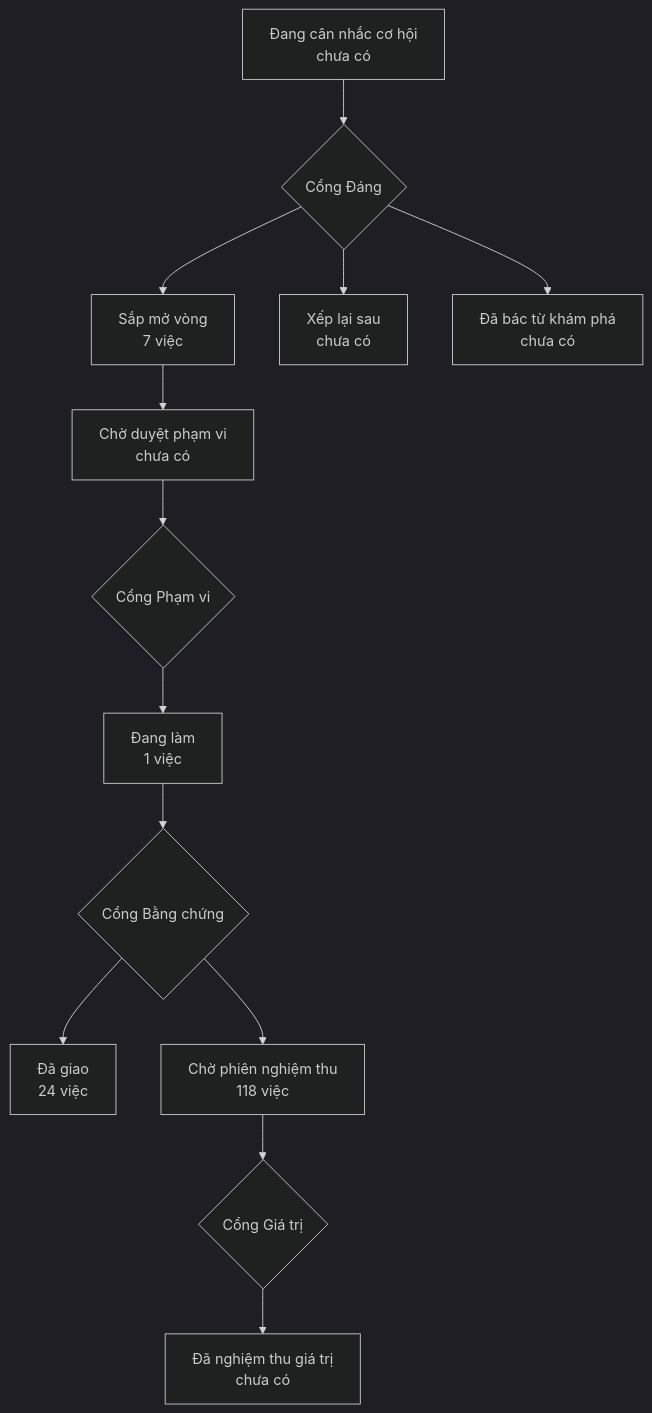
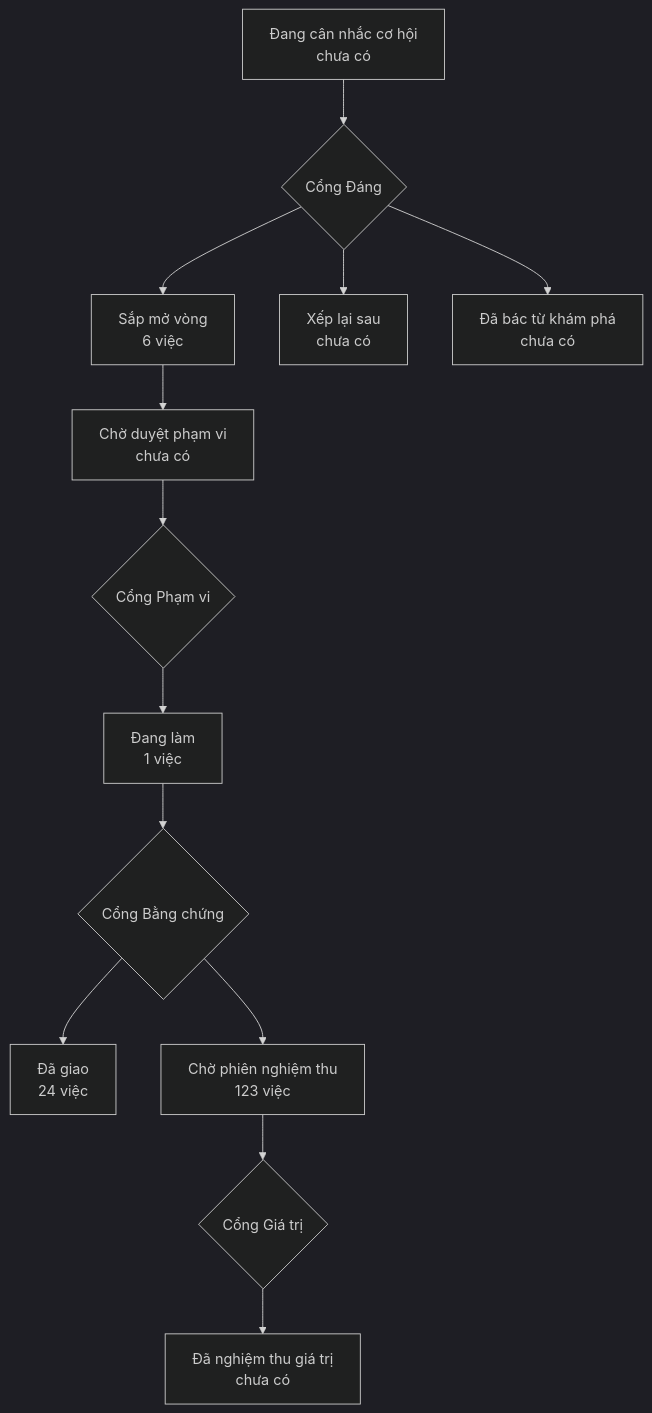
Before and after one commit to phanlemanh/onehub-quy-hang: the diagram in PRODUCT-MAP.md, drawn with Mermaid (dark theme). The commit also changed other lines of this file and 1 other file, not shown here.

Commit message:
chore: vẽ lại bản đồ sau khi gộp nhánh chính

````diff
--- a/PRODUCT-MAP.md
+++ b/PRODUCT-MAP.md
@@ -7,12 +7,12 @@
 ```mermaid
 flowchart TD
   A["Đang cân nhắc cơ hội<br/>chưa có"] --> GD{"Cổng Đáng"}
-  GD --> B["Sắp mở vòng<br/>7 việc"]
+  GD --> B["Sắp mở vòng<br/>6 việc"]
   GD --> XL["Xếp lại sau<br/>chưa có"]
   GD --> DB["Đã bác từ khám phá<br/>chưa có"]
   B --> CD["Chờ duyệt phạm vi<br/>chưa có"] --> GP{"Cổng Phạm vi"}
   GP --> DL["Đang làm<br/>1 việc"] --> GB{"Cổng Bằng chứng"}
   GB --> DG["Đã giao<br/>24 việc"]
-  GB --> CN["Chờ phiên nghiệm thu<br/>118 việc"] --> GG{"Cổng Giá trị"}
+  GB --> CN["Chờ phiên nghiệm thu<br/>123 việc"] --> GG{"Cổng Giá trị"}
   GG --> NT["Đã nghiệm thu giá trị<br/>chưa có"]
 ```
````
